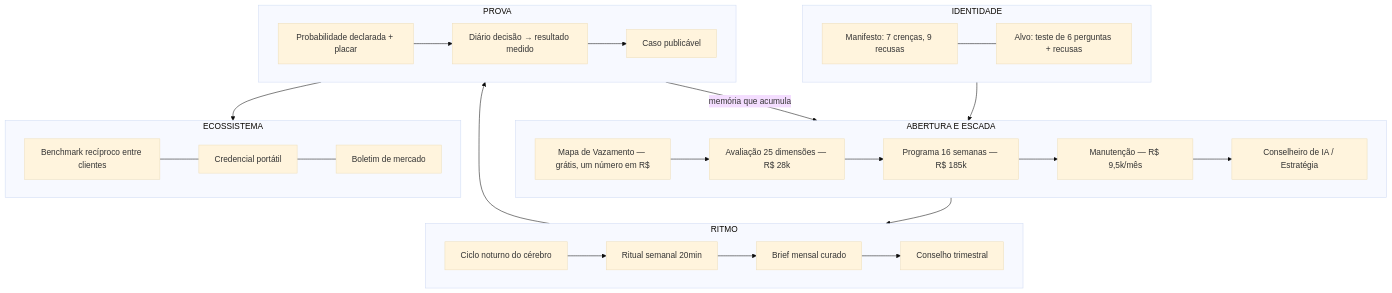
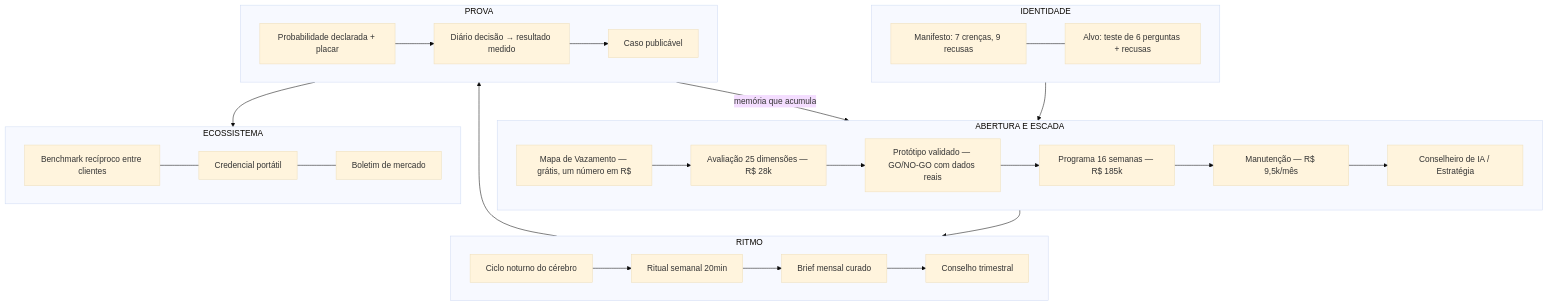
Before and after one commit to DanielMoraesCoca/abba-ops: the diagram in 00-identidade/mapa-da-abba.md, drawn with Mermaid (base theme). The commit also changed 37 other files, not shown here.

````diff
--- a/00-identidade/mapa-da-abba.md
+++ b/00-identidade/mapa-da-abba.md
@@ -17,25 +17,26 @@
 ```mermaid
 flowchart TD
     subgraph IDENTIDADE
         M[Manifesto: 7 crenças, 9 recusas] --- A[Alvo: teste de 6 perguntas + recusas]
     end
     subgraph FUNIL["ABERTURA E ESCADA"]
         MV[Mapa de Vazamento — grátis, um número em R$] --> AV[Avaliação 25 dimensões — R$ 28k]
-        AV --> PR[Programa 16 semanas — R$ 185k]
+        AV --> PT[Protótipo validado — GO/NO-GO com dados reais]
+        PT --> PR[Programa 16 semanas — R$ 185k]
         PR --> MA[Manutenção — R$ 9,5k/mês]
         MA --> CO[Conselheiro de IA / Estratégia]
     end
     subgraph RITMO
         S[Ritual semanal 20min] --> BM[Brief mensal curado] --> CT[Conselho trimestral] 
         N[Ciclo noturno do cérebro] --> S
     end
     subgraph PROVA
         D[Diário decisão → resultado medido] --> PC[Caso publicável]
         CAL[Probabilidade declarada + placar] --> D
     end
     subgraph ECOSSISTEMA
         BE[Benchmark recíproco entre clientes] --- CR[Credencial portátil] --- BO[Boletim de mercado]
     end
     IDENTIDADE --> FUNIL --> RITMO --> PROVA --> ECOSSISTEMA
     PROVA -->|memória que acumula| FUNIL
 ```
````
